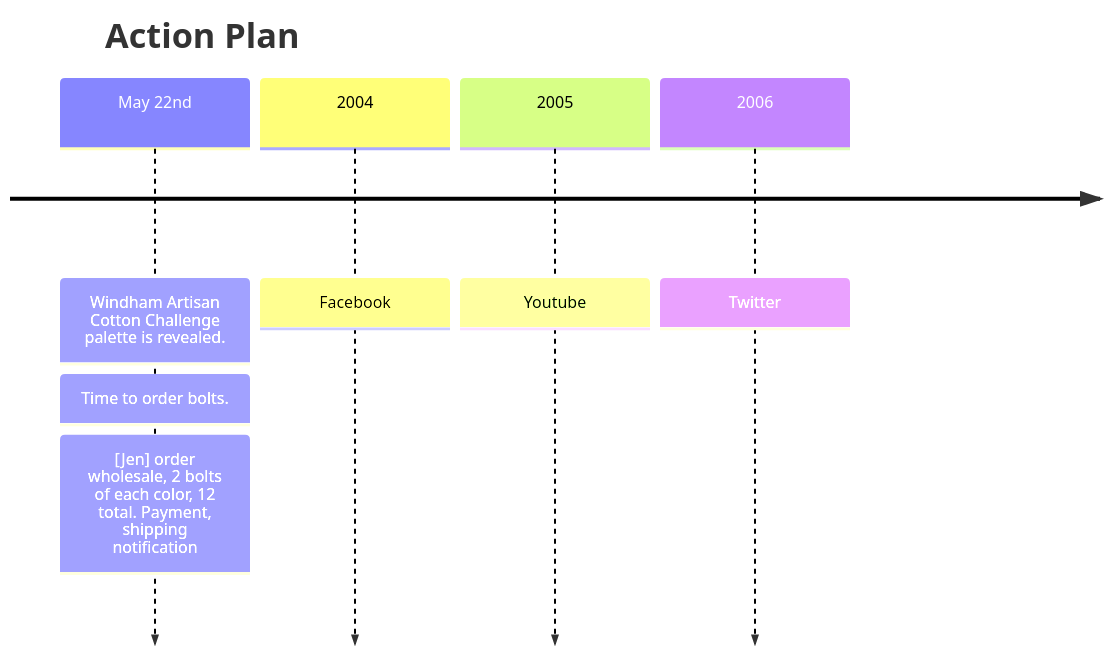
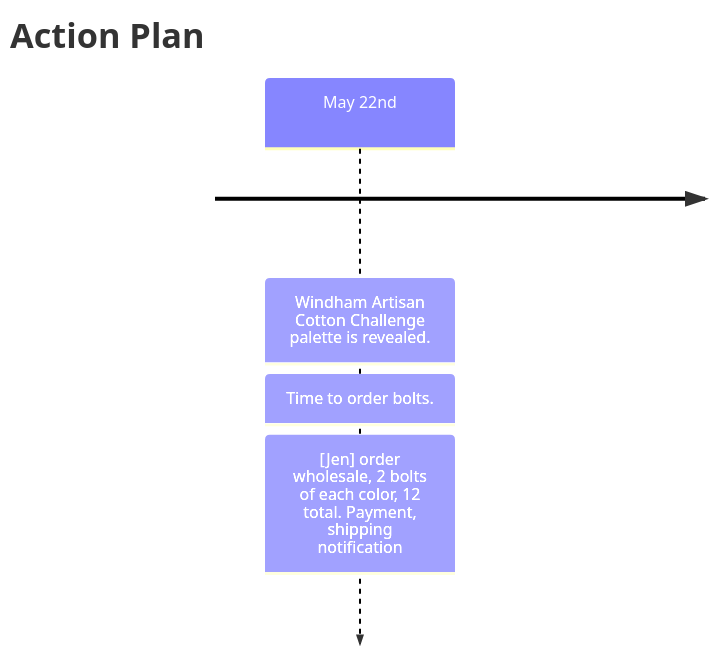
The diagram in WindhamArtisanCottonChallenge.md (KikisQuilts/LVMQG_Public), drawn with Mermaid before and after one commit. The commit also changed 1 other file, not shown here.

````diff
--- a/WindhamArtisanCottonChallenge.md
+++ b/WindhamArtisanCottonChallenge.md
@@ -19,10 +19,7 @@
 ```mermaid
 timeline
     title Action Plan
     May 22nd : Windham Artisan Cotton Challenge palette is revealed.
          : Time to order bolts.
          : [Jen] order wholesale, 2 bolts of each color, 12 total. Payment, shipping notification
-    2004 : Facebook
-    2005 : Youtube
-    2006 : Twitter
 ```
````
